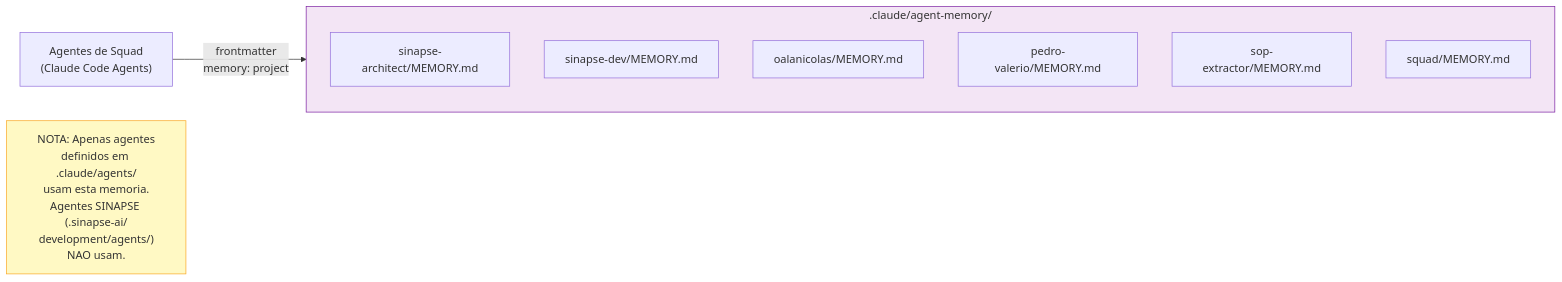
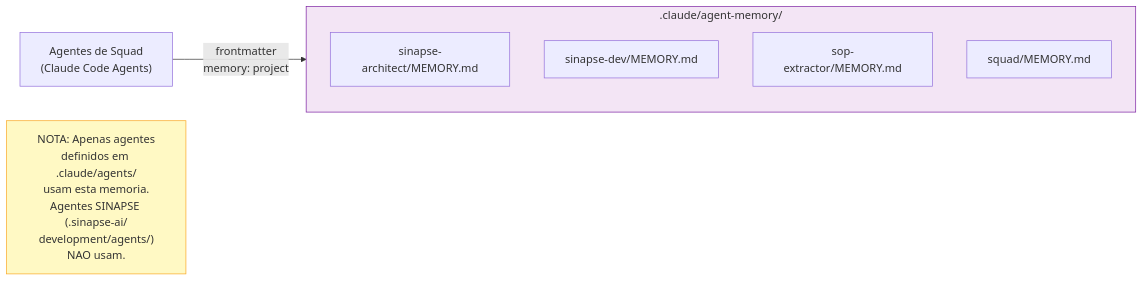
Before and after one commit to caioimori/sinapse-ai: the fifth of 18 diagrams in docs/guides/MEMORY-SYSTEM.md, drawn with Mermaid. The commit also changed other lines of this file and 56 other files, not shown here.

````diff
--- a/docs/guides/MEMORY-SYSTEM.md
+++ b/docs/guides/MEMORY-SYSTEM.md
@@ -227,18 +227,16 @@
 ```mermaid
 flowchart LR
     subgraph AGENT_MEM[".claude/agent-memory/"]
         AM1["sinapse-architect/MEMORY.md"]
         AM2["sinapse-dev/MEMORY.md"]
-        AM3["oalanicolas/MEMORY.md"]
-        AM4["pedro-valerio/MEMORY.md"]
-        AM5["sop-extractor/MEMORY.md"]
+        AM4["sop-extractor/MEMORY.md"]
         AM6["squad/MEMORY.md"]
     end
 
     SQUAD_AGENTS["Agentes de Squad<br/>(Claude Code Agents)"] -->|"frontmatter<br/>memory: project"| AGENT_MEM
 
     NOTE["NOTA: Apenas agentes<br/>definidos em .claude/agents/<br/>usam esta memoria.<br/>Agentes SINAPSE (.sinapse-ai/<br/>development/agents/)<br/>NAO usam."]
 
     style AGENT_MEM fill:#F3E5F5,stroke:#7B1FA2
     style NOTE fill:#FFF9C4,stroke:#F9A825
 ```
````
